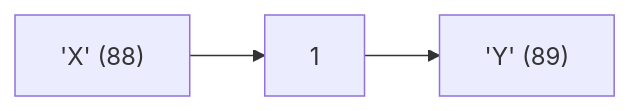
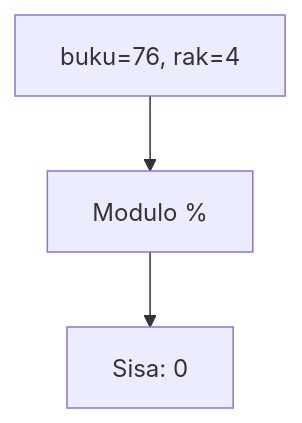
Before and after one commit to amnahwaida/OSNK_INF_PREP: the first of 25 diagrams in part-c-pemahaman-cpp/01-tipe-data/latihan/set-07.md, drawn with Mermaid. The commit also changed other lines of this file and 71 other files, not shown here.

````diff
--- a/part-c-pemahaman-cpp/01-tipe-data/latihan/set-07.md
+++ b/part-c-pemahaman-cpp/01-tipe-data/latihan/set-07.md
@@ -21,5 +22,5 @@
 ```mermaid
-graph LR
-A["'X' (88)"] --> B["1"]
-B --> C["'Y' (89)"]
+graph TD
+A["buku=76, rak=4"] --> B["Modulo %"]
+B --> C["Sisa: 0"]
 ```
````
